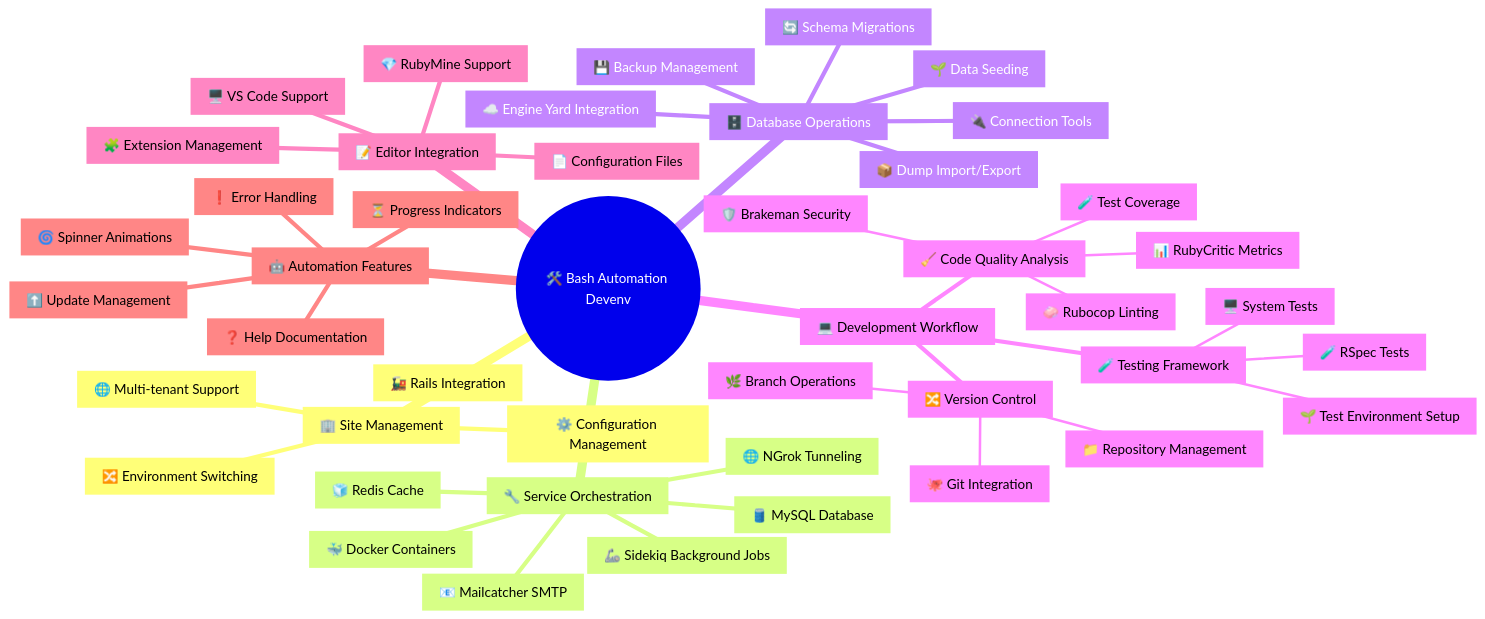
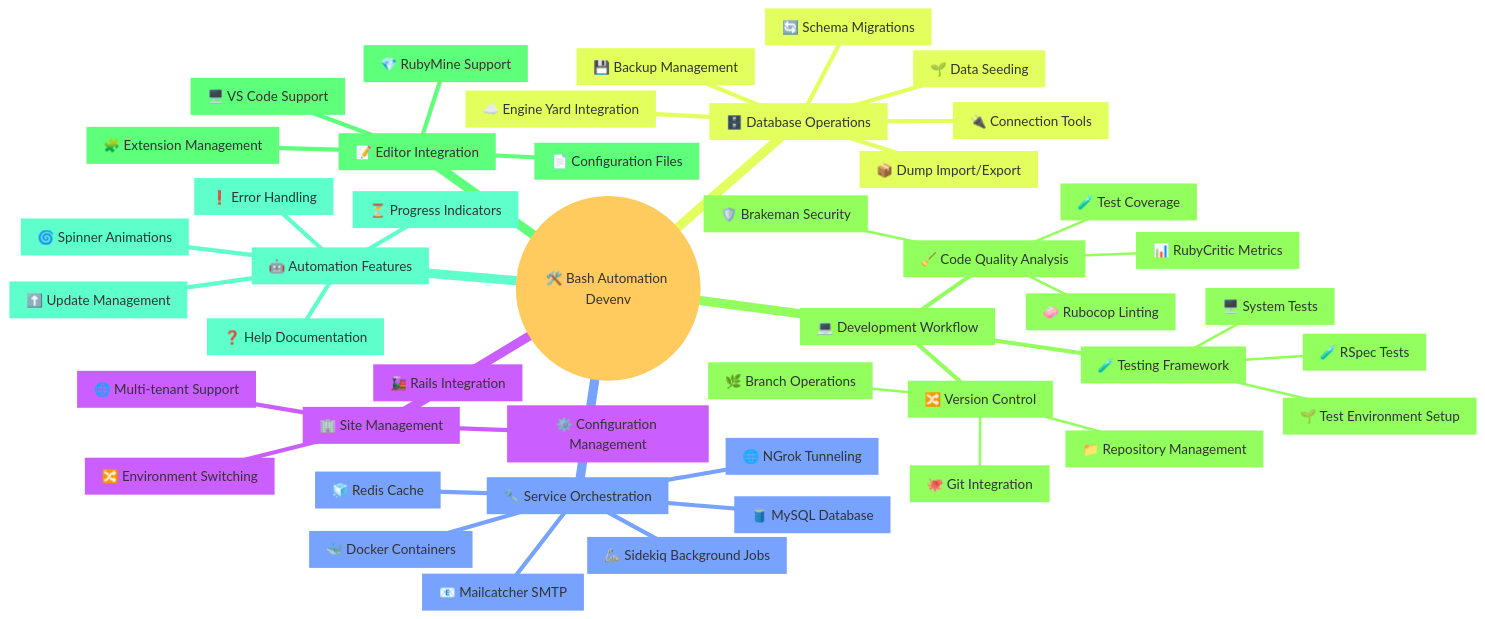
One commit to enogrob/project-automation-devenv changed the fourth of 4 diagrams in README.md. Above: the diagram before and after it, drawn with Mermaid. The commit also changed other lines of this file and 1 other file, not shown here.

````diff
--- a/README.md
+++ b/README.md
@@ -221,49 +205,49 @@
 ```mermaid
-%% Mind map with emoticons and pastel colors
+%%{init: {"theme":"base","themeVariables":{"lineColor":"#52606D"}}}%%
 mindmap
   root((🛠️ Bash Automation Devenv))
     Site_Management[🏢 Site Management]
       MultiTenant[🌐 Multi-tenant Support]
       EnvSwitch[🔀 Environment Switching]
       ConfigMgmt[⚙️ Configuration Management]
       RailsInt[🚂 Rails Integration]
     Service_Orch[🔧 Service Orchestration]
       MySQL[🛢️ MySQL Database]
       Redis[🧊 Redis Cache]
       Mailcatcher[📧 Mailcatcher SMTP]
       Sidekiq[🦾 Sidekiq Background Jobs]
       NGrok[🌐 NGrok Tunneling]
       Docker[🐳 Docker Containers]
     Database_Ops[🗄️ Database Operations]
       SchemaMig[🔄 Schema Migrations]
       DataSeed[🌱 Data Seeding]
       Backup[💾 Backup Management]
       Dump[📦 Dump Import/Export]
       ConnTools[🔌 Connection Tools]
       EYard[☁️ Engine Yard Integration]
     Dev_Workflow[💻 Development Workflow]
       CodeQual[🧹 Code Quality Analysis]
         Rubocop[🧼 Rubocop Linting]
         Brakeman[🛡️ Brakeman Security]
         RubyCritic[📊 RubyCritic Metrics]
         TestCov[🧪 Test Coverage]
       TestFW[🧪 Testing Framework]
         RSpec[🧪 RSpec Tests]
         SysTest[🖥️ System Tests]
         TestEnv[🌱 Test Environment Setup]
       VCS[🔀 Version Control]
         GitInt[🐙 Git Integration]
         RepoMgmt[📁 Repository Management]
         BranchOps[🌿 Branch Operations]
     EditorInt[📝 Editor Integration]
       VSCode[🖥️ VS Code Support]
       RubyMine[💎 RubyMine Support]
       ConfigFiles[📄 Configuration Files]
       ExtMgmt[🧩 Extension Management]
     Automation[🤖 Automation Features]
       Progress[⏳ Progress Indicators]
       Spinner[🌀 Spinner Animations]
       Error[❗ Error Handling]
       Help[❓ Help Documentation]
       Update[⬆️ Update Management]
 ```
````
